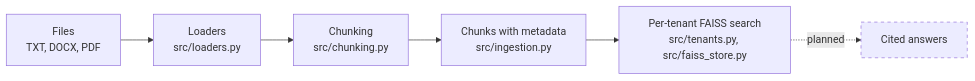
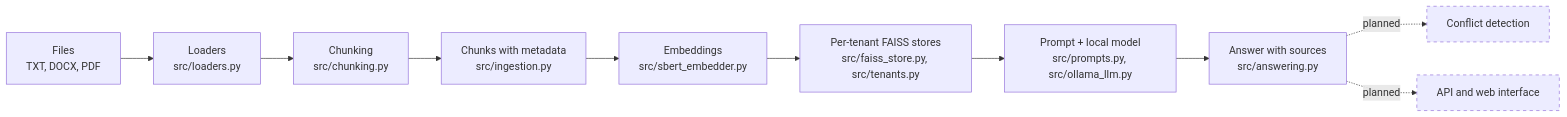
One commit to Laiba-Qayyum/policylens changed the diagram in README.md. Above: the diagram before and after it, drawn with Mermaid. The commit also changed other lines of this file and 1 other file, not shown here.

````diff
--- a/README.md
+++ b/README.md
@@ -41,10 +64,14 @@
 ```mermaid
 flowchart LR
     A["Files<br/>TXT, DOCX, PDF"] --> B["Loaders<br/>src/loaders.py"]
     B --> C["Chunking<br/>src/chunking.py"]
     C --> D["Chunks with metadata<br/>src/ingestion.py"]
-    D --> E["Per-tenant FAISS search<br/>src/tenants.py, src/faiss_store.py"]
-    E -.->|planned| F["Cited answers"]
+    D --> E["Embeddings<br/>src/sbert_embedder.py"]
+    E --> F["Per-tenant FAISS stores<br/>src/faiss_store.py, src/tenants.py"]
+    F --> G["Prompt + local model<br/>src/prompts.py, src/ollama_llm.py"]
+    G --> H["Answer with sources<br/>src/answering.py"]
+    H -.->|planned| I["Conflict detection"]
+    H -.->|planned| J["API and web interface"]
     classDef planned stroke-dasharray: 5 5
-    class F planned
+    class I,J planned
 ```
````
